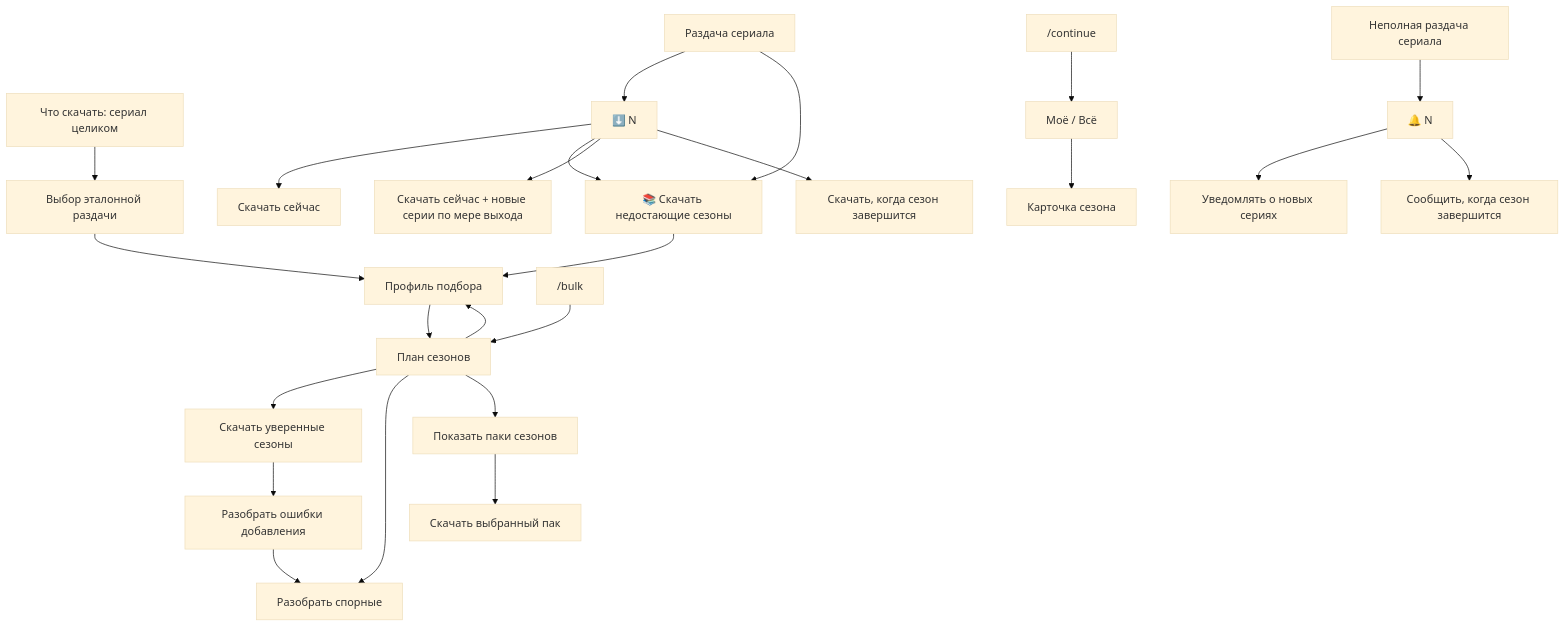
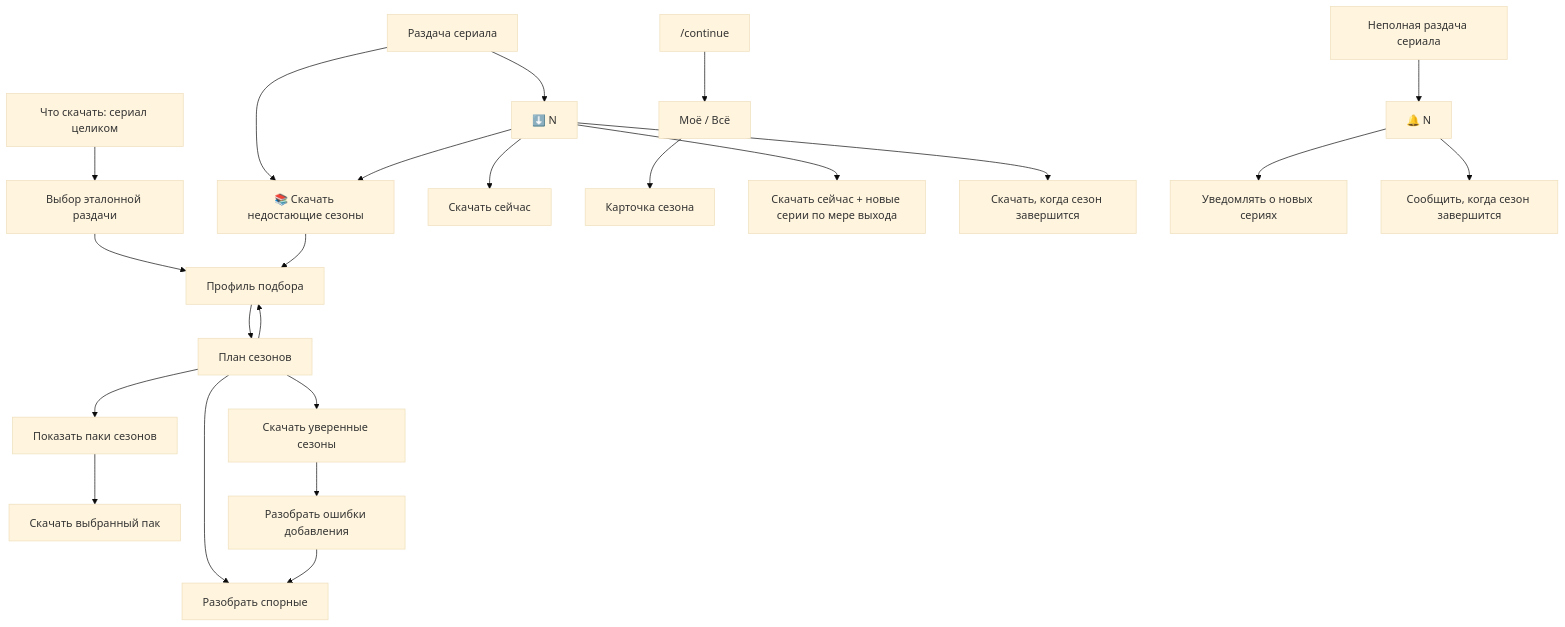
Before and after one commit to KiMorev/tg-torrent-bot: the second of 3 diagrams in README.md, drawn with Mermaid (base theme). The commit also changed other lines of this file and 4 other files, not shown here.

````diff
--- a/README.md
+++ b/README.md
@@ -101,26 +101,25 @@
 ```mermaid
 flowchart TD
     search_settings["Что скачать: сериал целиком"] --> reference["Выбор эталонной раздачи"]
     reference --> profile
     result["Раздача сериала"] --> download["⬇️ N"]
     result --> bulk["📚 Скачать недостающие сезоны"]
     partial["Неполная раздача сериала"] --> notify["🔔 N"]
     download --> now["Скачать сейчас"]
     download --> bulk
     continue["/continue"] --> continue_list["Моё / Всё"]
     continue_list --> continue_detail["Карточка сезона"]
     bulk --> profile["Профиль подбора"]
     profile --> plan["План сезонов"]
-    saved["/bulk"] --> plan
     plan --> profile
     plan --> confident["Скачать уверенные сезоны"]
     plan --> review["Разобрать спорные"]
     plan --> packs["Показать паки сезонов"]
     packs --> pack_download["Скачать выбранный пак"]
     confident --> retry["Разобрать ошибки добавления"]
     retry --> review
     download --> now_updates["Скачать сейчас + новые серии по мере выхода"]
     download --> wait_full["Скачать, когда сезон завершится"]
     notify --> each["Уведомлять о новых сериях"]
     notify --> final["Сообщить, когда сезон завершится"]
 ```
````
